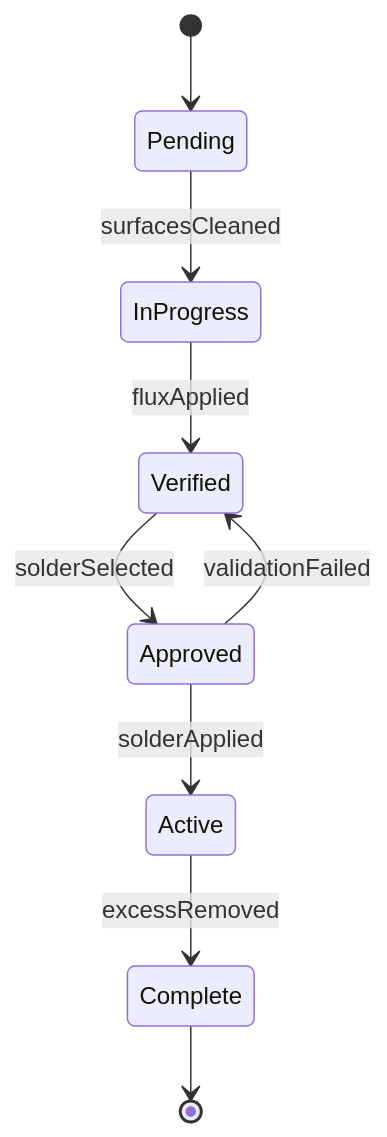
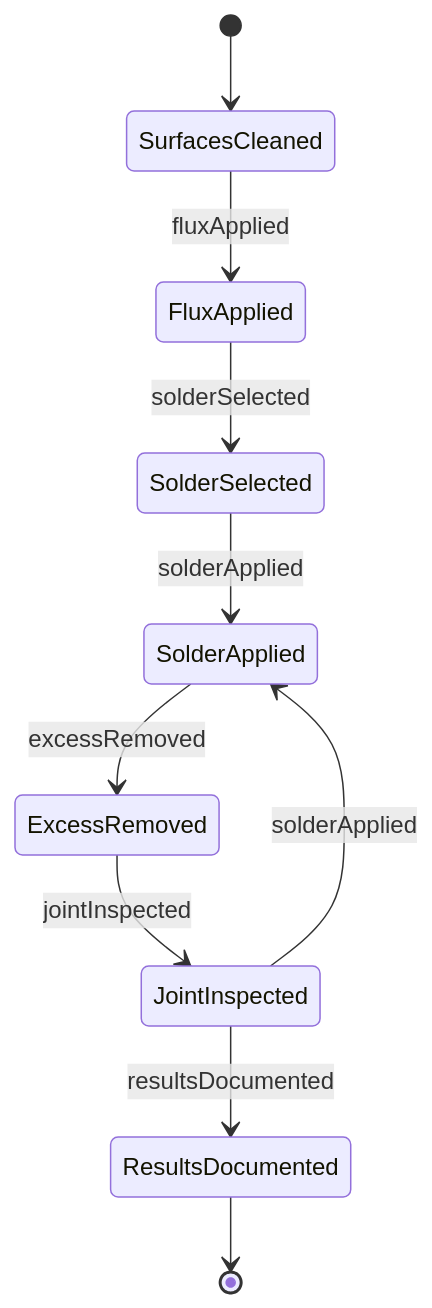
The second of 4 diagrams in HandlingAndMovingObjects/JoinPartsUsingSolderingWeldingOrBrazingTechniques/SolderPartsWorkpieces.mdx (dot-org-ai/tasks.org.ai), drawn with Mermaid before and after one commit. The commit also changed other lines of this file and 515 other files, not shown here.

````diff
--- a/HandlingAndMovingObjects/JoinPartsUsingSolderingWeldingOrBrazingTechniques/SolderPartsWorkpieces.mdx
+++ b/HandlingAndMovingObjects/JoinPartsUsingSolderingWeldingOrBrazingTechniques/SolderPartsWorkpieces.mdx
@@ -98,11 +98,12 @@
 ```mermaid
 stateDiagram-v2
-    [*] --> Pending
-    Pending --> InProgress : surfacesCleaned
-    InProgress --> Verified : fluxApplied
-    Verified --> Approved : solderSelected
-    Approved --> Active : solderApplied
-    Active --> Complete : excessRemoved
-    Approved --> Verified : validationFailed
-    Complete --> [*]
+    [*] --> SurfacesCleaned
+    SurfacesCleaned --> FluxApplied : fluxApplied
+    FluxApplied --> SolderSelected : solderSelected
+    SolderSelected --> SolderApplied : solderApplied
+    SolderApplied --> ExcessRemoved : excessRemoved
+    ExcessRemoved --> JointInspected : jointInspected
+    JointInspected --> SolderApplied : solderApplied
+    JointInspected --> ResultsDocumented : resultsDocumented
+    ResultsDocumented --> [*]
 ```
````
